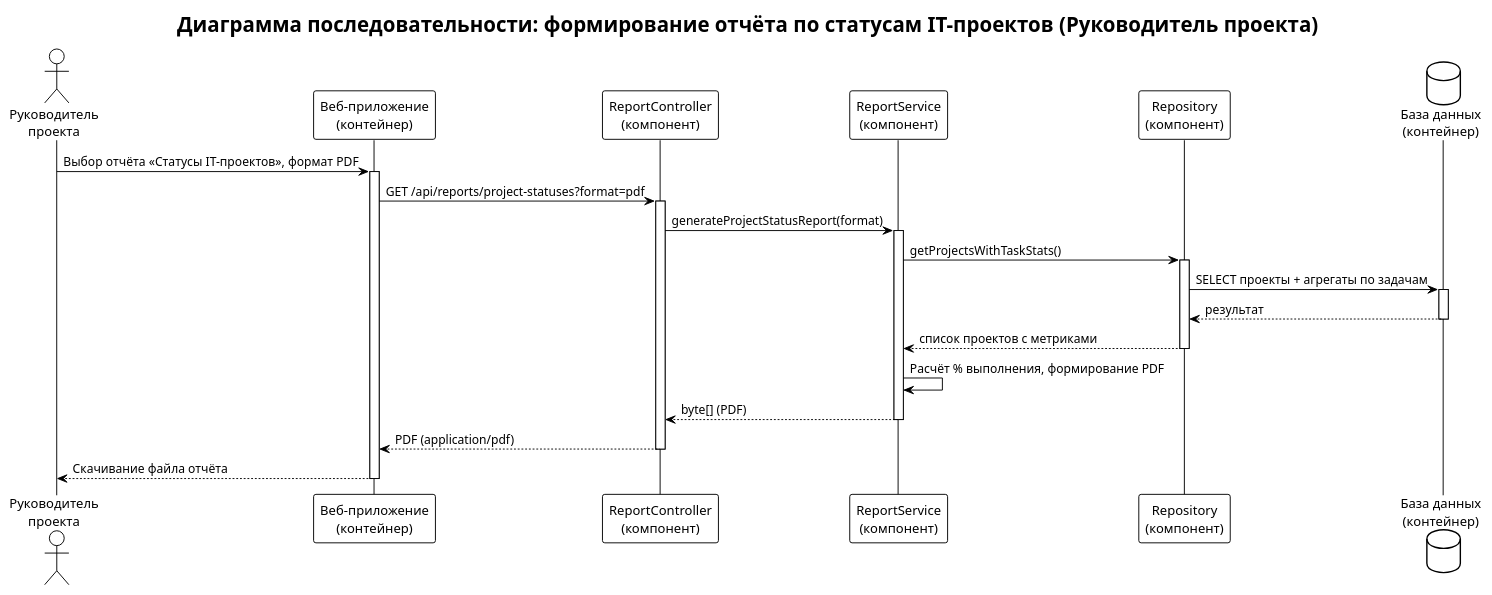
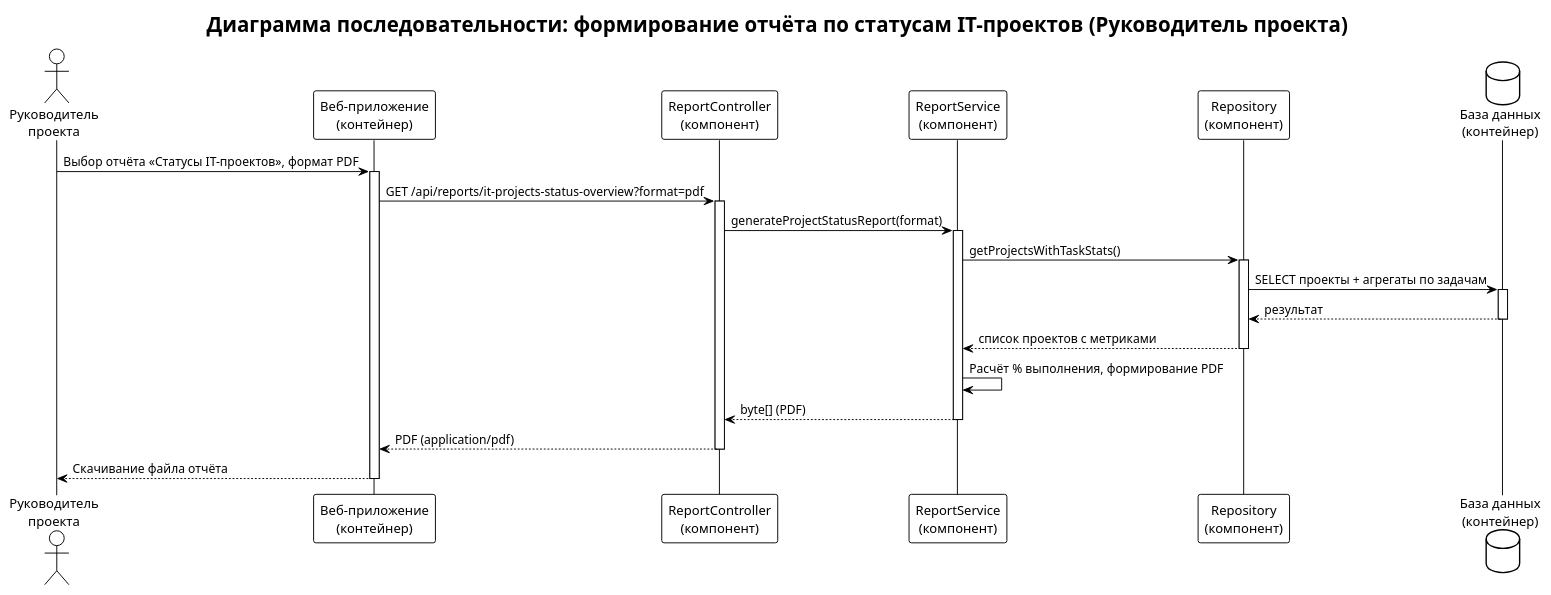
The diagram in docs/architecture/puml/sequence.puml (Zahar-Bratchikov/corporate-information-systems), drawn with PlantUML before and after one commit. The commit also changed 3660 other files, not shown here.

```diff
--- a/docs/architecture/puml/sequence.puml
+++ b/docs/architecture/puml/sequence.puml
@@ -1,34 +1,34 @@
 @startuml sequence
 !theme plain
 title Диаграмма последовательности: формирование отчёта по статусам IT-проектов (Руководитель проекта)
 
 actor "Руководитель\nпроекта" as User
 participant "Веб-приложение\n(контейнер)" as Web
 participant "ReportController\n(компонент)" as RC
 participant "ReportService\n(компонент)" as RS
 participant "Repository\n(компонент)" as Repo
 database "База данных\n(контейнер)" as DB
 
 User -> Web: Выбор отчёта «Статусы IT-проектов», формат PDF
 activate Web
-Web -> RC: GET /api/reports/project-statuses?format=pdf
+Web -> RC: GET /api/reports/it-projects-status-overview?format=pdf
 activate RC
 RC -> RS: generateProjectStatusReport(format)
 activate RS
 RS -> Repo: getProjectsWithTaskStats()
 activate Repo
 Repo -> DB: SELECT проекты + агрегаты по задачам
 activate DB
 DB --> Repo: результат
 deactivate DB
 Repo --> RS: список проектов с метриками
 deactivate Repo
 RS -> RS: Расчёт % выполнения, формирование PDF
 RS --> RC: byte[] (PDF)
 deactivate RS
 RC --> Web: PDF (application/pdf)
 deactivate RC
 Web --> User: Скачивание файла отчёта
 deactivate Web
 
 @enduml
```
